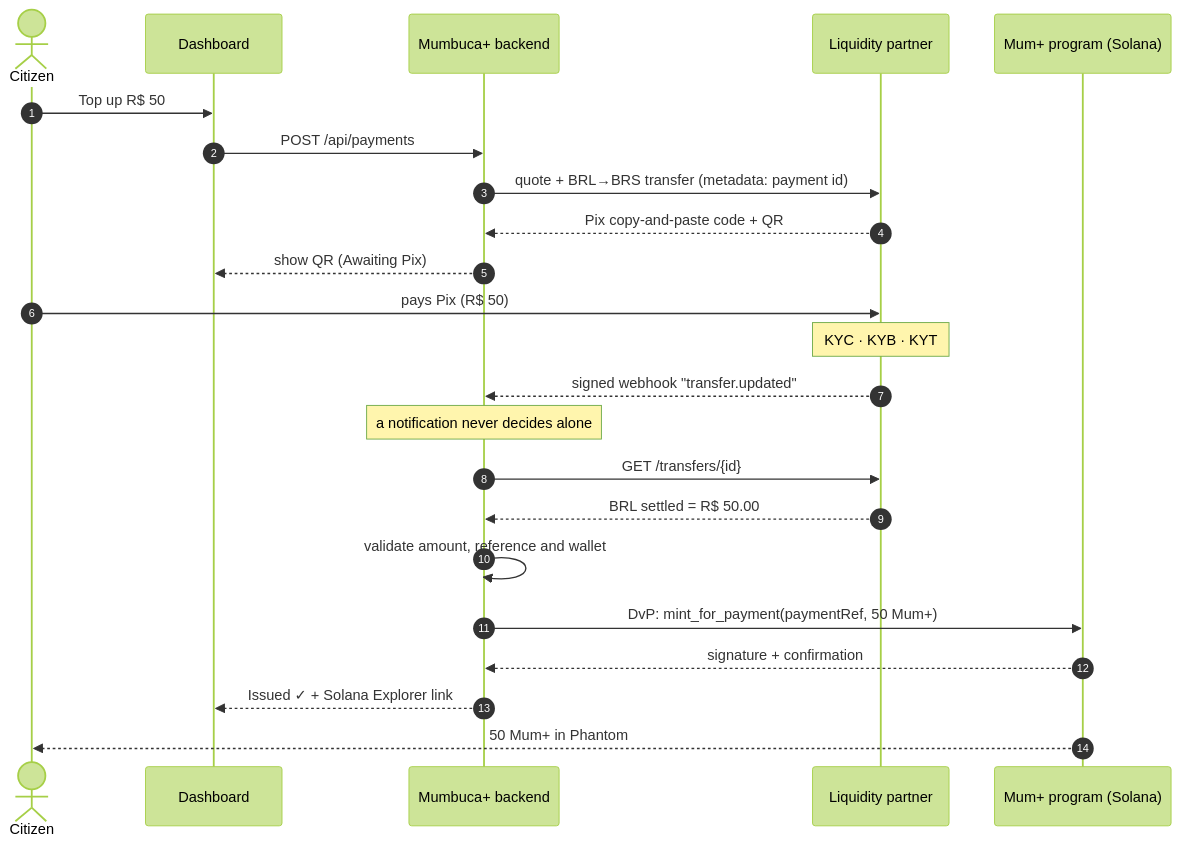
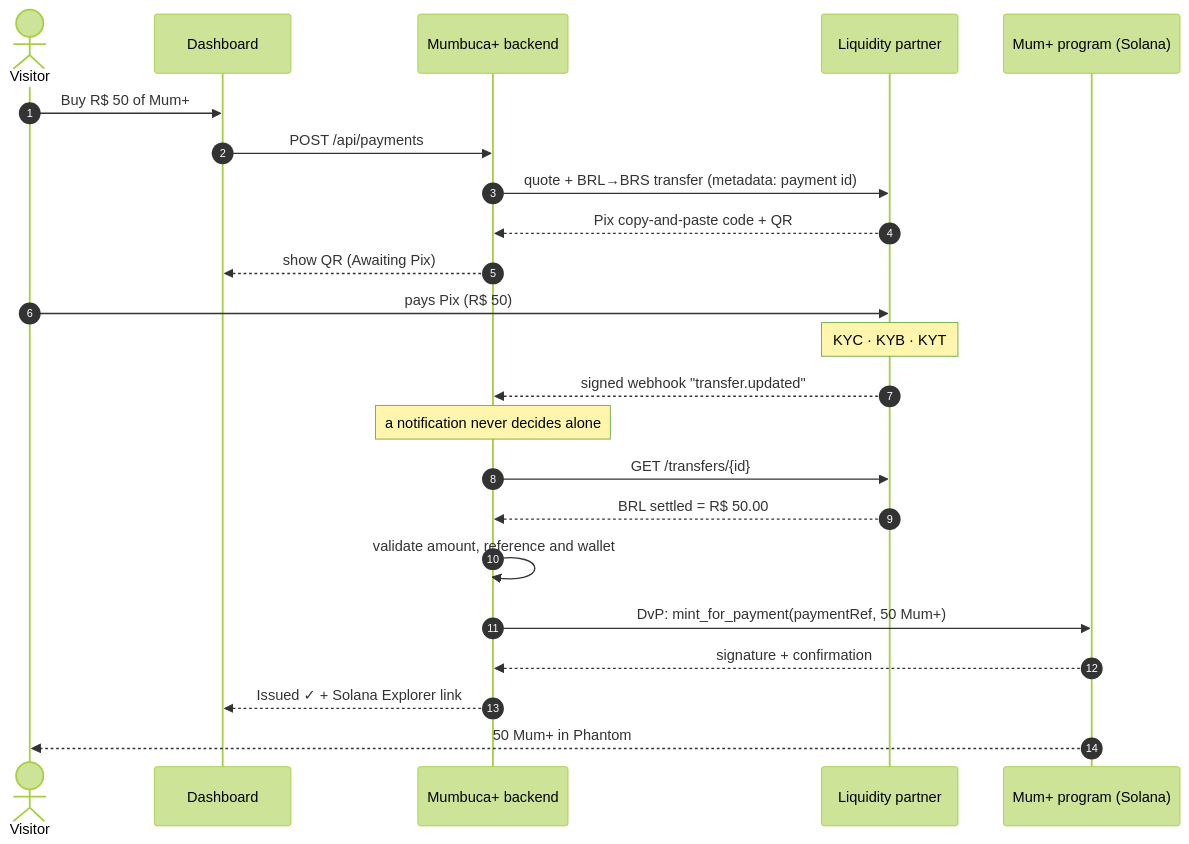
The third of 4 diagrams in README.en.md (Peragus01/Mumbuca-plus), drawn with Mermaid (forest theme) before and after one commit. The commit also changed other lines of this file and 1 other file, not shown here.

Commit message:
docs: align READMEs with the visitor audience (benefits in Maricá, profit to culture)

````diff
--- a/README.en.md
+++ b/README.en.md
@@ -252,26 +269,26 @@
 ```mermaid
 sequenceDiagram
     autonumber
-    actor Citizen
+    actor Visitor
     participant Dash as Dashboard
     participant API as Mumbuca+ backend
     participant LP as Liquidity partner
     participant SC as Mum+ program (Solana)
 
-    Citizen->>Dash: Top up R$ 50
+    Visitor->>Dash: Buy R$ 50 of Mum+
     Dash->>API: POST /api/payments
     API->>LP: quote + BRL→BRS transfer (metadata: payment id)
     LP-->>API: Pix copy-and-paste code + QR
     API-->>Dash: show QR (Awaiting Pix)
-    Citizen->>LP: pays Pix (R$ 50)
+    Visitor->>LP: pays Pix (R$ 50)
     Note over LP: KYC · KYB · KYT
     LP-->>API: signed webhook "transfer.updated"
     Note over API: a notification never decides alone
     API->>LP: GET /transfers/{id}
     LP-->>API: BRL settled = R$ 50.00
     API->>API: validate amount, reference and wallet
     API->>SC: DvP: mint_for_payment(paymentRef, 50 Mum+)
     SC-->>API: signature + confirmation
     API-->>Dash: Issued ✓ + Solana Explorer link
-    SC-->>Citizen: 50 Mum+ in Phantom
+    SC-->>Visitor: 50 Mum+ in Phantom
 ```
````
